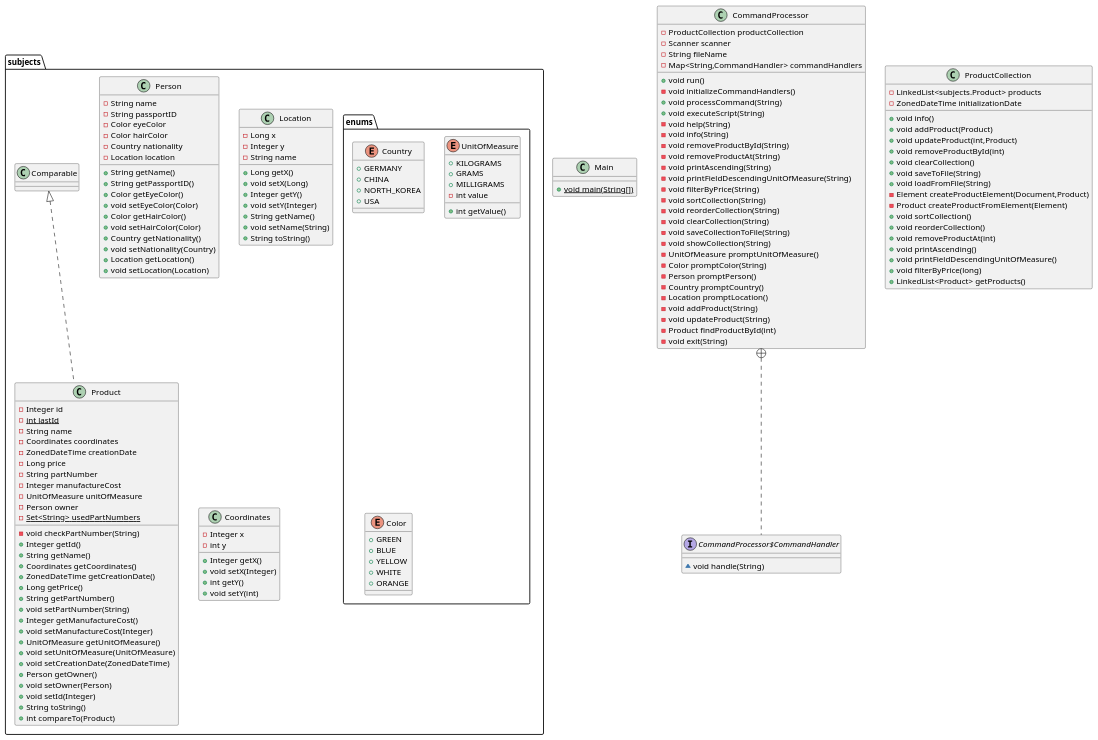
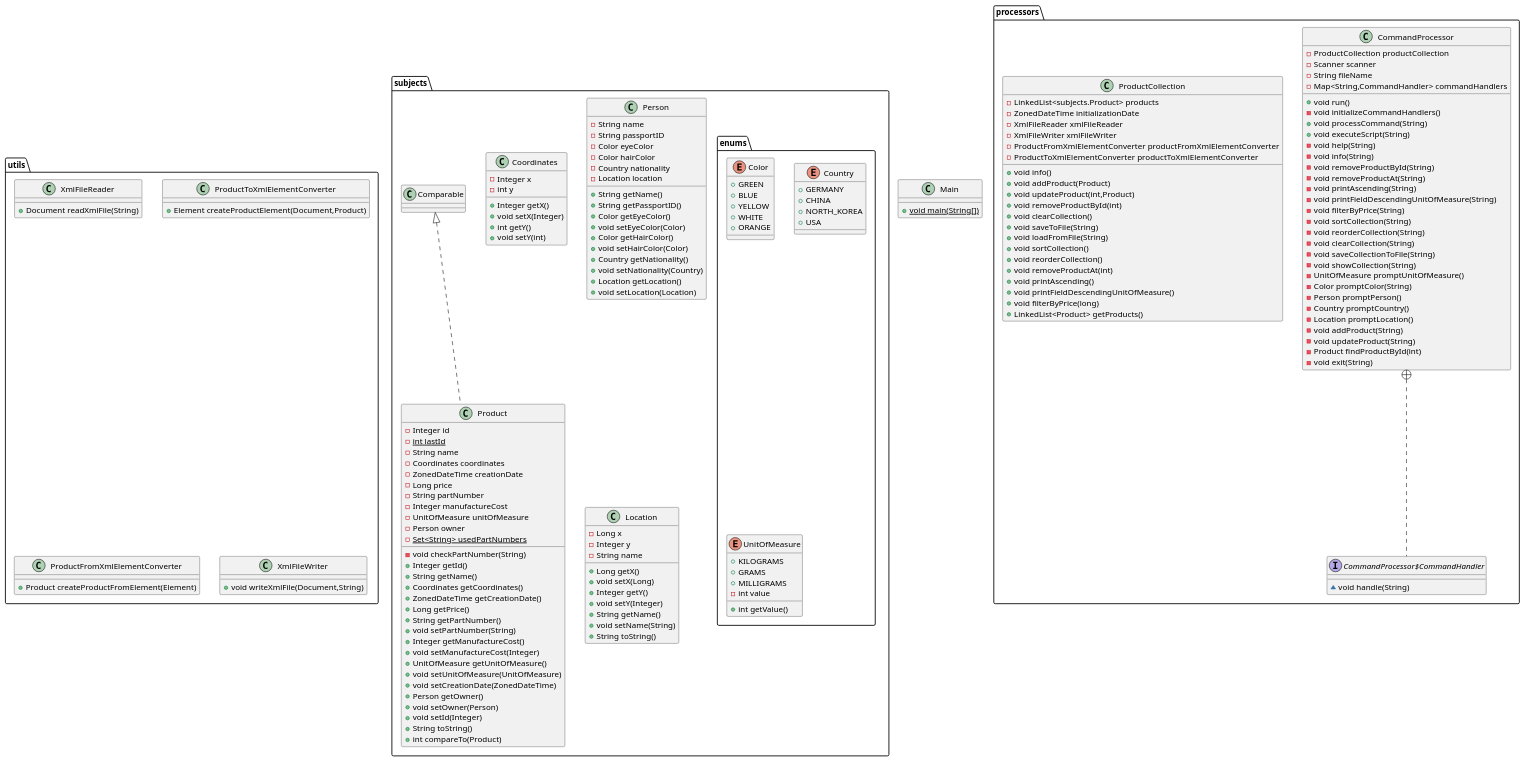
The diagram in Программирование/Lab5/lab5.puml (mike-yasnov/ITMO), drawn with PlantUML before and after one commit.

```diff
--- a/Программирование/Lab5/lab5.puml
+++ b/Программирование/Lab5/lab5.puml
@@ -1,152 +1,166 @@
 @startuml
-class Main {
-+ {static} void main(String[])
-}
-class subjects.Person {
-- String name
-- String passportID
-- Color eyeColor
-- Color hairColor
-- Country nationality
-- Location location
-+ String getName()
-+ String getPassportID()
-+ Color getEyeColor()
-+ void setEyeColor(Color)
-+ Color getHairColor()
-+ void setHairColor(Color)
-+ Country getNationality()
-+ void setNationality(Country)
-+ Location getLocation()
-+ void setLocation(Location)
+class utils.XmlFileReader {
++ Document readXmlFile(String)
 }
 class subjects.Product {
 - Integer id
 - {static} int lastId
 - String name
 - Coordinates coordinates
 - ZonedDateTime creationDate
 - Long price
 - String partNumber
 - Integer manufactureCost
 - UnitOfMeasure unitOfMeasure
 - Person owner
 - {static} Set<String> usedPartNumbers
 - void checkPartNumber(String)
 + Integer getId()
 + String getName()
 + Coordinates getCoordinates()
 + ZonedDateTime getCreationDate()
 + Long getPrice()
 + String getPartNumber()
 + void setPartNumber(String)
 + Integer getManufactureCost()
 + void setManufactureCost(Integer)
 + UnitOfMeasure getUnitOfMeasure()
 + void setUnitOfMeasure(UnitOfMeasure)
 + void setCreationDate(ZonedDateTime)
 + Person getOwner()
 + void setOwner(Person)
 + void setId(Integer)
 + String toString()
 + int compareTo(Product)
 }
-class subjects.Location {
-- Long x
-- Integer y
-- String name
-+ Long getX()
-+ void setX(Long)
-+ Integer getY()
-+ void setY(Integer)
-+ String getName()
-+ void setName(String)
-+ String toString()
+class subjects.Coordinates {
+- Integer x
+- int y
++ Integer getX()
++ void setX(Integer)
++ int getY()
++ void setY(int)
 }
-class CommandProcessor {
+class processors.CommandProcessor {
 - ProductCollection productCollection
 - Scanner scanner
 - String fileName
 - Map<String,CommandHandler> commandHandlers
 + void run()
 - void initializeCommandHandlers()
 + void processCommand(String)
 + void executeScript(String)
 - void help(String)
 - void info(String)
 - void removeProductById(String)
 - void removeProductAt(String)
 - void printAscending(String)
 - void printFieldDescendingUnitOfMeasure(String)
 - void filterByPrice(String)
 - void sortCollection(String)
 - void reorderCollection(String)
 - void clearCollection(String)
 - void saveCollectionToFile(String)
 - void showCollection(String)
 - UnitOfMeasure promptUnitOfMeasure()
 - Color promptColor(String)
 - Person promptPerson()
 - Country promptCountry()
 - Location promptLocation()
 - void addProduct(String)
 - void updateProduct(String)
 - Product findProductById(int)
 - void exit(String)
 }
-interface CommandProcessor$CommandHandler {
+interface processors.CommandProcessor$CommandHandler {
 ~ void handle(String)
+}
+enum subjects.enums.Color {
++  GREEN
++  BLUE
++  YELLOW
++  WHITE
++  ORANGE
+}
+class Main {
++ {static} void main(String[])
+}
+class utils.ProductToXmlElementConverter {
++ Element createProductElement(Document,Product)
+}
+class subjects.Person {
+- String name
+- String passportID
+- Color eyeColor
+- Color hairColor
+- Country nationality
+- Location location
++ String getName()
++ String getPassportID()
++ Color getEyeColor()
++ void setEyeColor(Color)
++ Color getHairColor()
++ void setHairColor(Color)
++ Country getNationality()
++ void setNationality(Country)
++ Location getLocation()
++ void setLocation(Location)
+}
+class utils.ProductFromXmlElementConverter {
++ Product createProductFromElement(Element)
+}
+class processors.ProductCollection {
+- LinkedList<subjects.Product> products
+- ZonedDateTime initializationDate
+- XmlFileReader xmlFileReader
+- XmlFileWriter xmlFileWriter
+- ProductFromXmlElementConverter productFromXmlElementConverter
+- ProductToXmlElementConverter productToXmlElementConverter
++ void info()
++ void addProduct(Product)
++ void updateProduct(int,Product)
++ void removeProductById(int)
++ void clearCollection()
++ void saveToFile(String)
++ void loadFromFile(String)
++ void sortCollection()
++ void reorderCollection()
++ void removeProductAt(int)
++ void printAscending()
++ void printFieldDescendingUnitOfMeasure()
++ void filterByPrice(long)
++ LinkedList<Product> getProducts()
+}
+class subjects.Location {
+- Long x
+- Integer y
+- String name
++ Long getX()
++ void setX(Long)
++ Integer getY()
++ void setY(Integer)
++ String getName()
++ void setName(String)
++ String toString()
 }
 enum subjects.enums.Country {
 +  GERMANY
 +  CHINA
 +  NORTH_KOREA
 +  USA
 }
-class subjects.Coordinates {
-- Integer x
-- int y
-+ Integer getX()
-+ void setX(Integer)
-+ int getY()
-+ void setY(int)
+class utils.XmlFileWriter {
++ void writeXmlFile(Document,String)
 }
 enum subjects.enums.UnitOfMeasure {
 +  KILOGRAMS
 +  GRAMS
 +  MILLIGRAMS
 - int value
 + int getValue()
 }
-enum subjects.enums.Color {
-+  GREEN
-+  BLUE
-+  YELLOW
-+  WHITE
-+  ORANGE
-}
-class ProductCollection {
-- LinkedList<subjects.Product> products
-- ZonedDateTime initializationDate
-+ void info()
-+ void addProduct(Product)
-+ void updateProduct(int,Product)
-+ void removeProductById(int)
-+ void clearCollection()
-+ void saveToFile(String)
-+ void loadFromFile(String)
-- Element createProductElement(Document,Product)
-- Product createProductFromElement(Element)
-+ void sortCollection()
-+ void reorderCollection()
-+ void removeProductAt(int)
-+ void printAscending()
-+ void printFieldDescendingUnitOfMeasure()
-+ void filterByPrice(long)
-+ LinkedList<Product> getProducts()
-}
 
 
 subjects.Comparable <|.. subjects.Product
-CommandProcessor +.. CommandProcessor$CommandHandler
+processors.CommandProcessor +.. processors.CommandProcessor$CommandHandler
 @enduml
```
